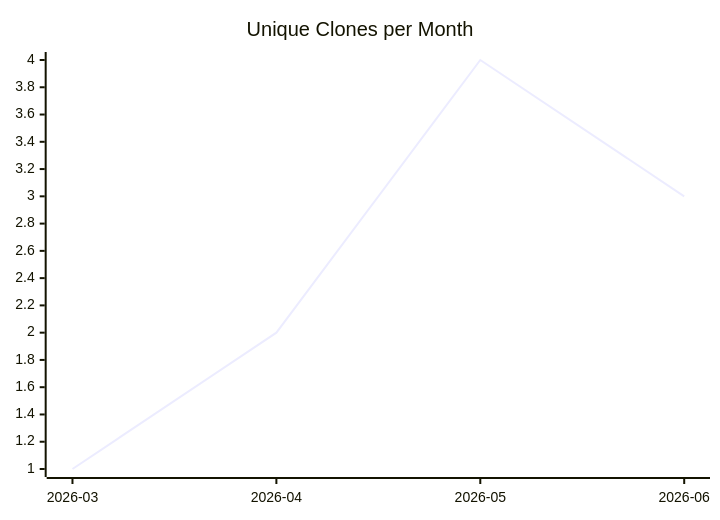
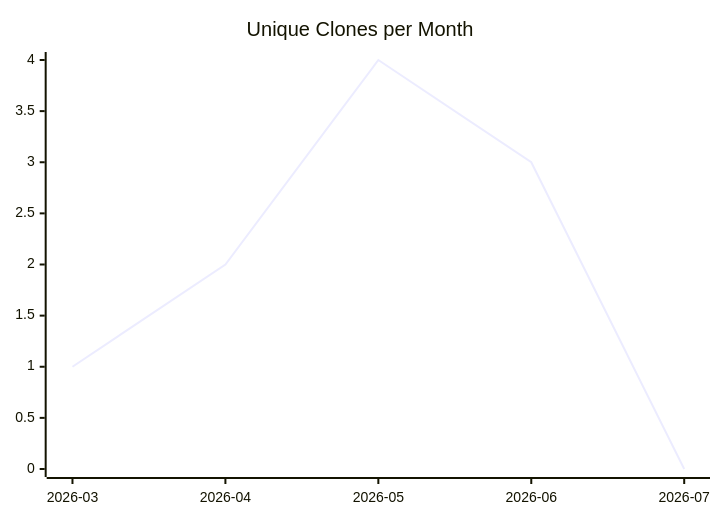
One commit to justdavis-family/github-analytics-data changed the third of 3 diagrams in karlmdavis/puppet-archive/README.md. Above: the diagram before and after it, drawn with Mermaid. The commit also changed other lines of this file and 182 other files, not shown here.

````diff
--- a/karlmdavis/puppet-archive/README.md
+++ b/karlmdavis/puppet-archive/README.md
@@ -19,6 +19,6 @@
 ```mermaid
 xychart-beta
   title "Unique Clones per Month"
-  x-axis ["2026-03", "2026-04", "2026-05", "2026-06"]
-  line [1, 2, 4, 3]
+  x-axis ["2026-03", "2026-04", "2026-05", "2026-06", "2026-07"]
+  line [1, 2, 4, 3, 0]
 ```
````
